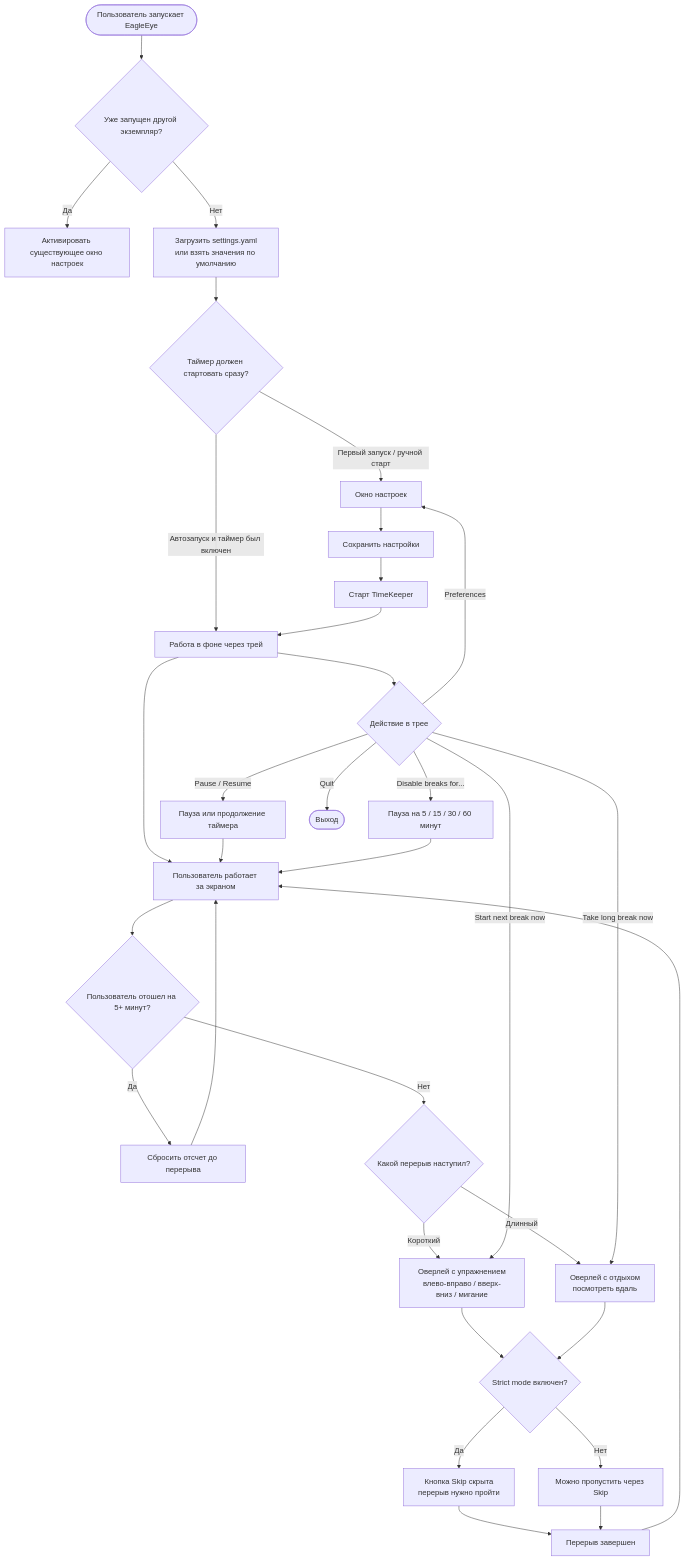
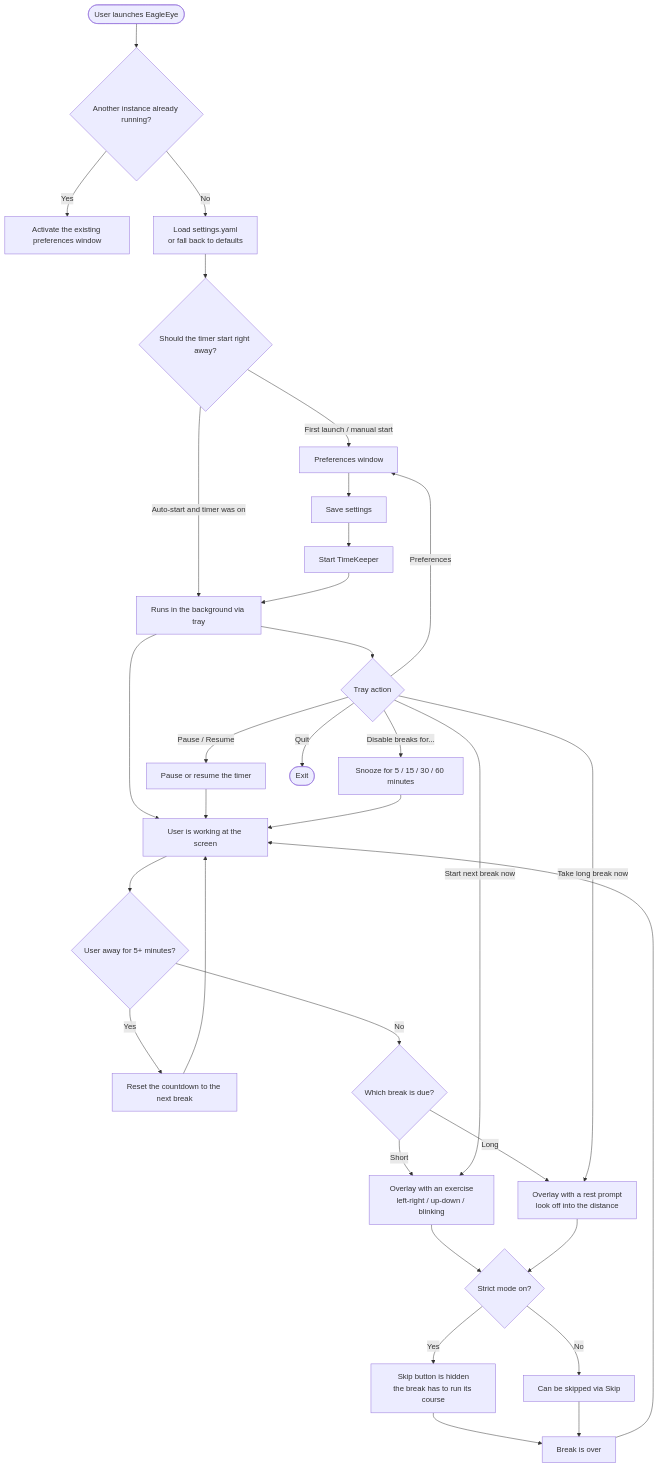
The second of 2 diagrams in README.md (DrNeuralDog/EagleEye), drawn with Mermaid before and after one commit. The commit also changed other lines of this file, not shown here.

Commit message:
Version 1.2.0 – README.md has been updated and also translated into English

````diff
--- a/README.md
+++ b/README.md
@@ -130,43 +130,43 @@
 ```mermaid
 flowchart TD
-    Start(["Пользователь запускает EagleEye"]) --> Single{"Уже запущен другой экземпляр?"}
-    Single -->|"Да"| Activate["Активировать существующее окно настроек"]
-    Single -->|"Нет"| Load["Загрузить settings.yaml<br/>или взять значения по умолчанию"]
+    Start(["User launches EagleEye"]) --> Single{"Another instance already running?"}
+    Single -->|"Yes"| Activate["Activate the existing preferences window"]
+    Single -->|"No"| Load["Load settings.yaml<br/>or fall back to defaults"]
 
-    Load --> First{"Таймер должен стартовать сразу?"}
-    First -->|"Первый запуск / ручной старт"| Prefs["Окно настроек"]
-    First -->|"Автозапуск и таймер был включен"| Background["Работа в фоне через трей"]
+    Load --> First{"Should the timer start right away?"}
+    First -->|"First launch / manual start"| Prefs["Preferences window"]
+    First -->|"Auto-start and timer was on"| Background["Runs in the background via tray"]
 
-    Prefs --> Save["Сохранить настройки"]
-    Save --> StartTimer["Старт TimeKeeper"]
+    Prefs --> Save["Save settings"]
+    Save --> StartTimer["Start TimeKeeper"]
     StartTimer --> Background
 
-    Background --> Work["Пользователь работает за экраном"]
-    Work --> Idle{"Пользователь отошел на 5+ минут?"}
-    Idle -->|"Да"| Reset["Сбросить отсчет до перерыва"]
-    Idle -->|"Нет"| NextBreak{"Какой перерыв наступил?"}
+    Background --> Work["User is working at the screen"]
+    Work --> Idle{"User away for 5+ minutes?"}
+    Idle -->|"Yes"| Reset["Reset the countdown to the next break"]
+    Idle -->|"No"| NextBreak{"Which break is due?"}
     Reset --> Work
 
-    NextBreak -->|"Короткий"| Short["Оверлей с упражнением<br/>влево-вправо / вверх-вниз / мигание"]
-    NextBreak -->|"Длинный"| Long["Оверлей с отдыхом<br/>посмотреть вдаль"]
+    NextBreak -->|"Short"| Short["Overlay with an exercise<br/>left-right / up-down / blinking"]
+    NextBreak -->|"Long"| Long["Overlay with a rest prompt<br/>look off into the distance"]
 
-    Short --> Strict{"Strict mode включен?"}
+    Short --> Strict{"Strict mode on?"}
     Long --> Strict
-    Strict -->|"Да"| NoSkip["Кнопка Skip скрыта<br/>перерыв нужно пройти"]
-    Strict -->|"Нет"| CanSkip["Можно пропустить через Skip"]
+    Strict -->|"Yes"| NoSkip["Skip button is hidden<br/>the break has to run its course"]
+    Strict -->|"No"| CanSkip["Can be skipped via Skip"]
 
-    NoSkip --> Done["Перерыв завершен"]
+    NoSkip --> Done["Break is over"]
     CanSkip --> Done
     Done --> Work
 
-    Background --> TrayActions{"Действие в трее"}
-    TrayActions -->|"Pause / Resume"| Pause["Пауза или продолжение таймера"]
+    Background --> TrayActions{"Tray action"}
+    TrayActions -->|"Pause / Resume"| Pause["Pause or resume the timer"]
     TrayActions -->|"Start next break now"| Short
     TrayActions -->|"Take long break now"| Long
-    TrayActions -->|"Disable breaks for..."| Delay["Пауза на 5 / 15 / 30 / 60 минут"]
+    TrayActions -->|"Disable breaks for..."| Delay["Snooze for 5 / 15 / 30 / 60 minutes"]
     TrayActions -->|"Preferences"| Prefs
-    TrayActions -->|"Quit"| End(["Выход"])
+    TrayActions -->|"Quit"| End(["Exit"])
 
     Pause --> Work
     Delay --> Work
 ```
````
